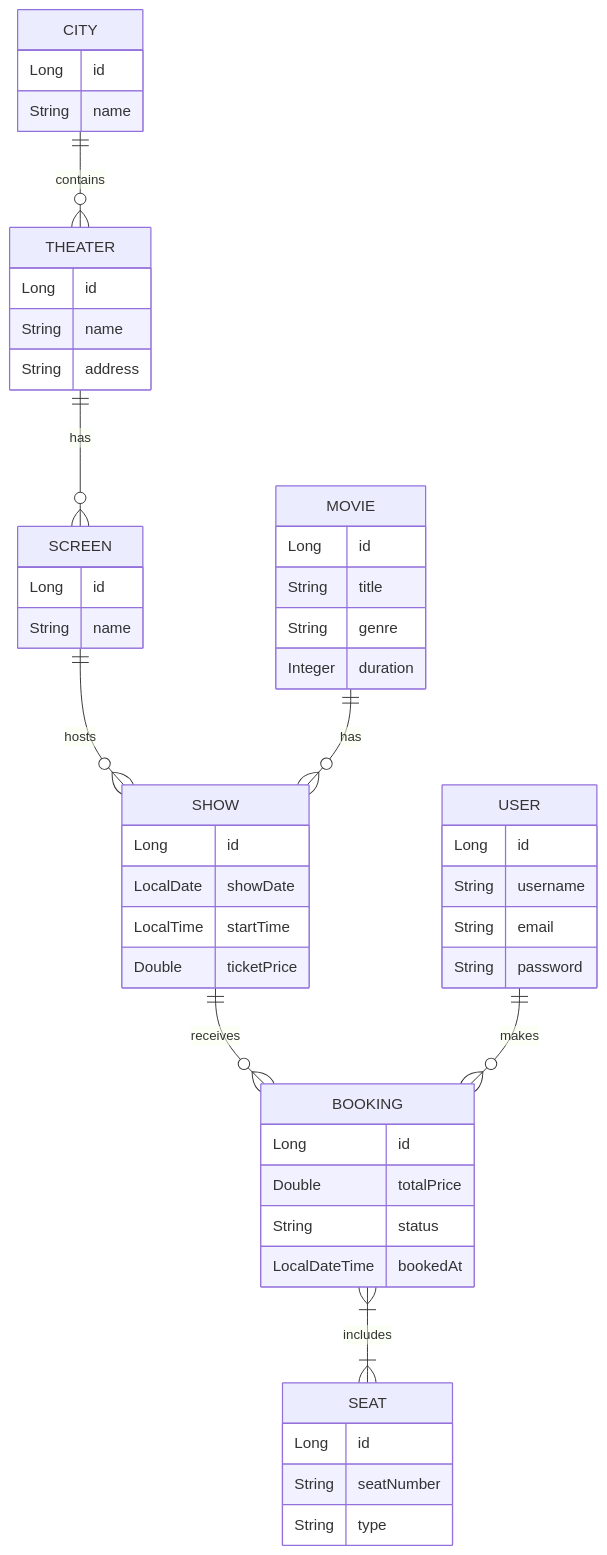
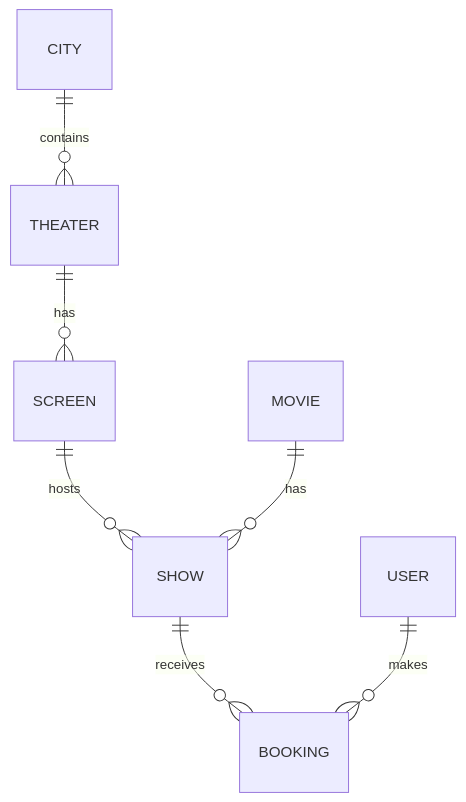
Before and after one commit to imrajeevnayan/BookMyShow: the diagram in README.md, drawn with Mermaid. The commit also changed other lines of this file and 28 other files, not shown here.

````diff
--- a/README.md
+++ b/README.md
@@ -67,53 +104,9 @@
 ```mermaid
 erDiagram
     CITY ||--o{ THEATER : contains
     THEATER ||--o{ SCREEN : has
     SCREEN ||--o{ SHOW : hosts
     MOVIE ||--o{ SHOW : has
     SHOW ||--o{ BOOKING : receives
     USER ||--o{ BOOKING : makes
-    BOOKING }|--|{ SEAT : includes
-
-    CITY {
-        Long id
-        String name
-    }
-    THEATER {
-        Long id
-        String name
-        String address
-    }
-    SCREEN {
-        Long id
-        String name
-    }
-    MOVIE {
-        Long id
-        String title
-        String genre
-        Integer duration
-    }
-    SHOW {
-        Long id
-        LocalDate showDate
-        LocalTime startTime
-        Double ticketPrice
-    }
-    BOOKING {
-        Long id
-        Double totalPrice
-        String status
-        LocalDateTime bookedAt
-    }
-    SEAT {
-        Long id
-        String seatNumber
-        String type
-    }
-    USER {
-        Long id
-        String username
-        String email
-        String password
-    }
 ```
````
